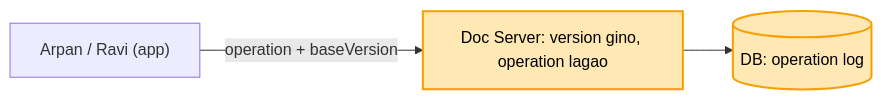
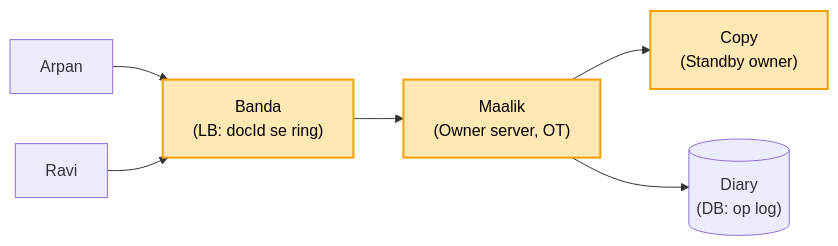
One commit to ArpanMaheshwari144/Prep changed the second of 4 diagrams in 04_HLD/SYSTEM_DESIGNS/11_google_docs_collab/11_google_docs_collab.md. Above: the diagram before and after it, drawn with Mermaid. The commit also changed other lines of this file and 13 other files, not shown here.

````diff
--- a/04_HLD/SYSTEM_DESIGNS/11_google_docs_collab/11_google_docs_collab.md
+++ b/04_HLD/SYSTEM_DESIGNS/11_google_docs_collab/11_google_docs_collab.md
@@ -87,7 +71,11 @@
 ```mermaid
 flowchart LR
-    A["Arpan / Ravi (app)"] -- "operation + baseVersion" --> S["Doc Server: version gino, operation lagao"]
-    S --> D[("DB: operation log")]
-    style S fill:#ffe8b3,stroke:#f59f00,stroke-width:2px,color:#000
-    style D fill:#ffe8b3,stroke:#f59f00,stroke-width:2px,color:#000
+    A["Arpan"] --> LB["Banda<br/>(LB: docId se ring)"]
+    R["Ravi"] --> LB
+    LB --> O["Maalik<br/>(Owner server, OT)"]
+    O --> C["Copy<br/>(Standby owner)"]
+    O --> D[("Diary<br/>(DB: op log)")]
+    style LB fill:#ffe8b3,stroke:#f59f00,stroke-width:2px,color:#000
+    style O fill:#ffe8b3,stroke:#f59f00,stroke-width:2px,color:#000
+    style C fill:#ffe8b3,stroke:#f59f00,stroke-width:2px,color:#000
 ```
````
